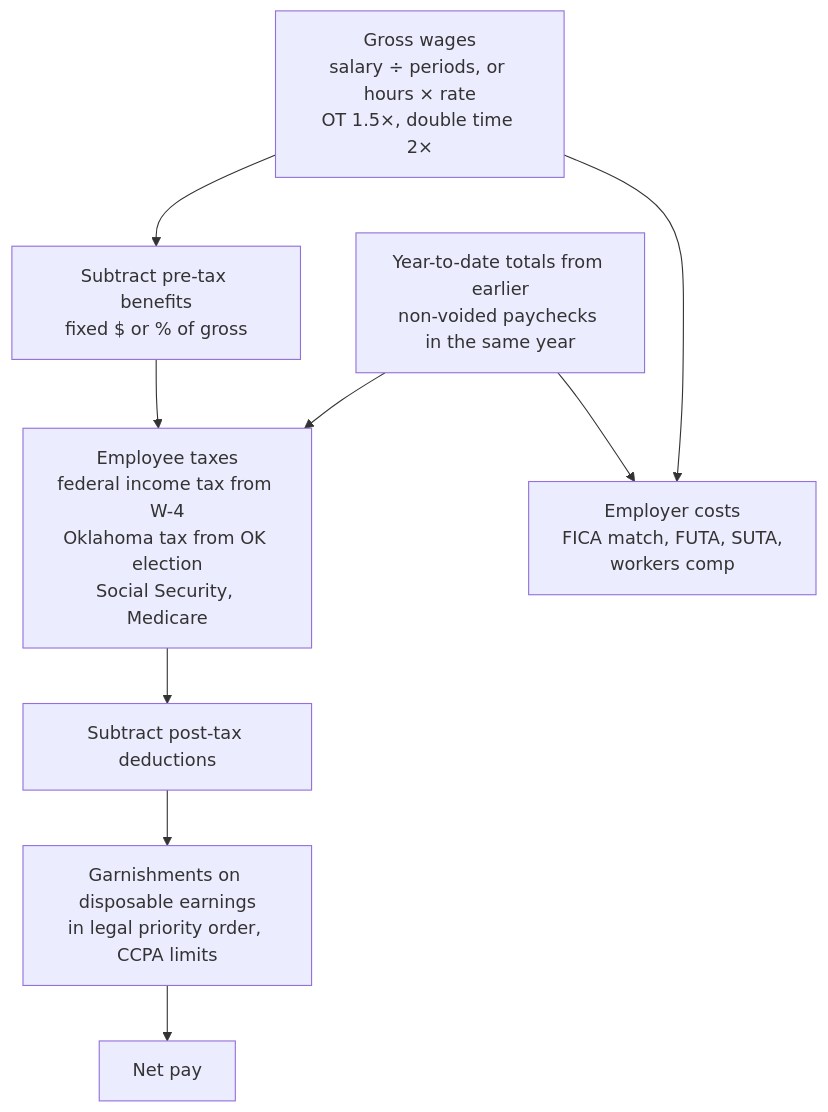
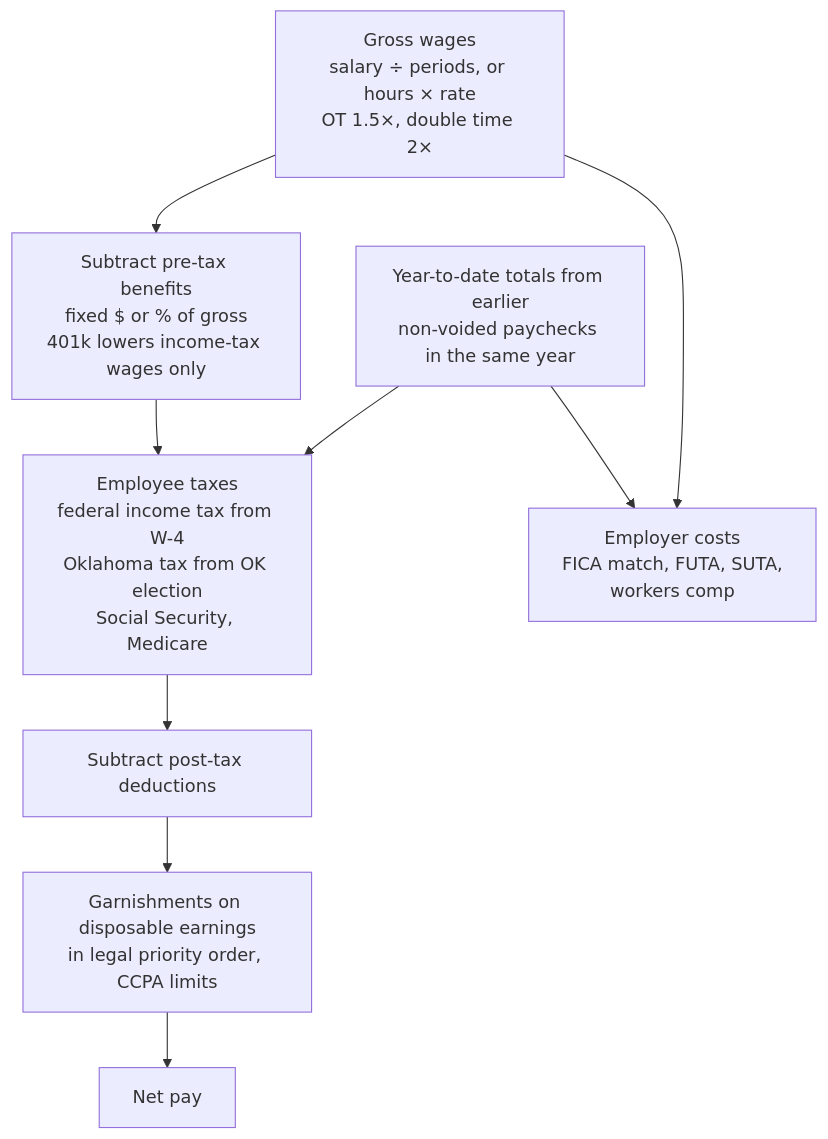
Before and after one commit to khorjak/vibes-payroll: the fourth of 9 diagrams in docs/PROCESS-FLOW.md, drawn with Mermaid. The commit also changed other lines of this file and 12 other files, not shown here.

````diff
--- a/docs/PROCESS-FLOW.md
+++ b/docs/PROCESS-FLOW.md
@@ -93,11 +93,11 @@
 ```mermaid
 flowchart TD
-    G[Gross wages<br/>salary ÷ periods, or hours × rate<br/>OT 1.5×, double time 2×] --> PRE[Subtract pre-tax benefits<br/>fixed $ or % of gross]
+    G[Gross wages<br/>salary ÷ periods, or hours × rate<br/>OT 1.5×, double time 2×] --> PRE[Subtract pre-tax benefits<br/>fixed $ or % of gross<br/>401k lowers income-tax wages only]
     PRE --> TAX[Employee taxes<br/>federal income tax from W-4<br/>Oklahoma tax from OK election<br/>Social Security, Medicare]
     TAX --> POST[Subtract post-tax deductions]
     POST --> GARN[Garnishments on disposable earnings<br/>in legal priority order, CCPA limits]
     GARN --> NET[Net pay]
     G --> ER[Employer costs<br/>FICA match, FUTA, SUTA,<br/>workers comp]
     YTD[Year-to-date totals from earlier<br/>non-voided paychecks in the same year] --> TAX
     YTD --> ER
 ```
````
